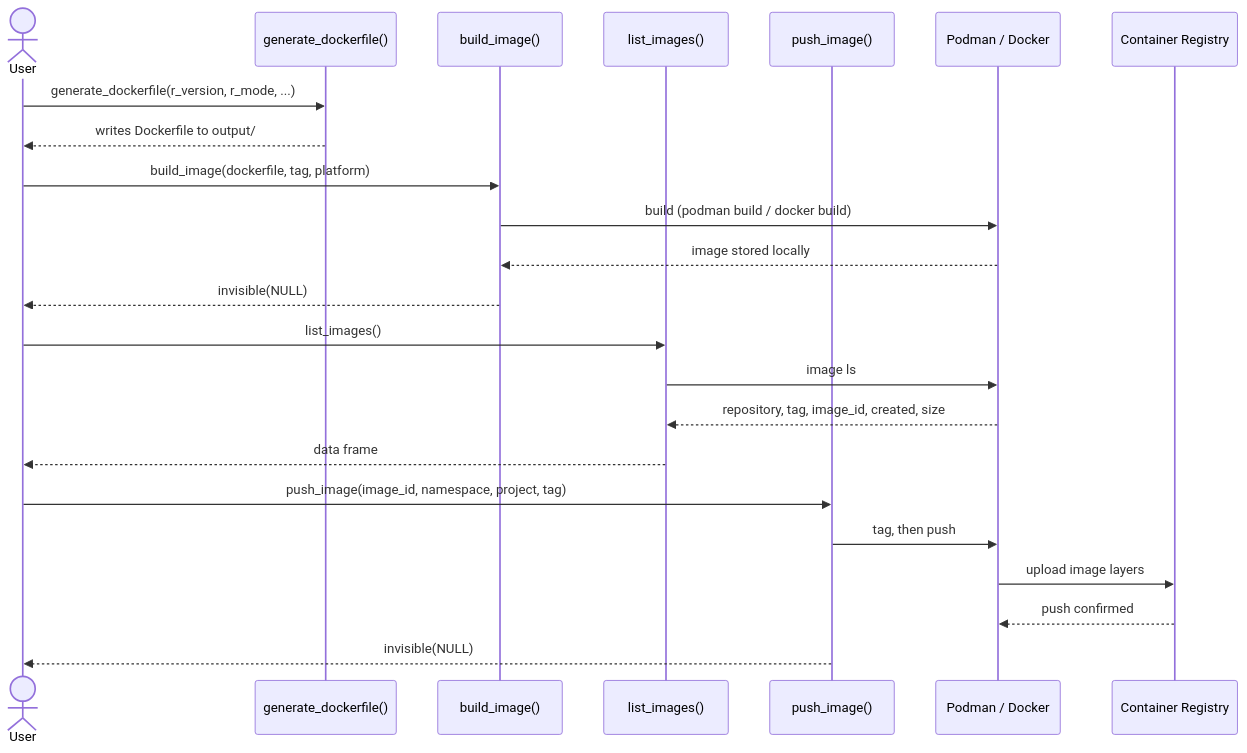
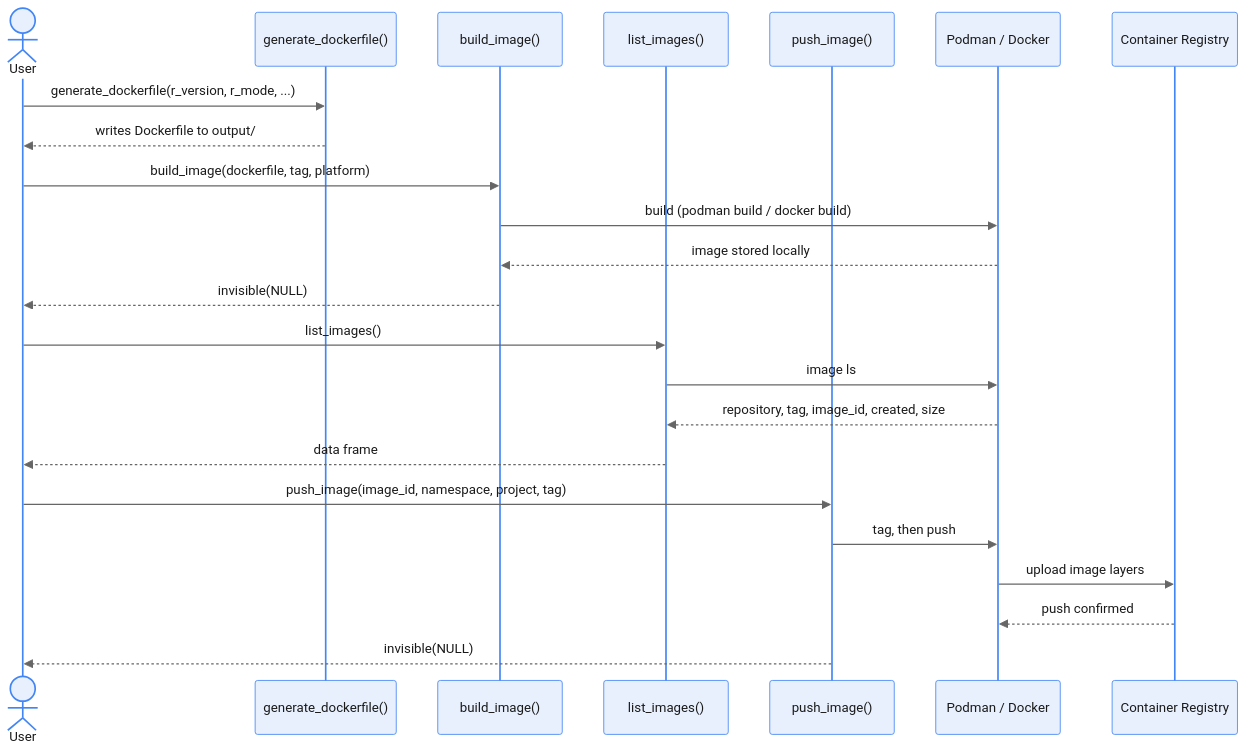
One commit to erwinlares/containr changed the second of 8 diagrams in diagrams.qmd. Above: the diagram before and after it, drawn with Mermaid. The commit also changed other lines of this file, not shown here.

Commit message:
updated: diagrams.qmd to better understand the package codebase

````diff
--- a/diagrams.qmd
+++ b/diagrams.qmd
@@ -71,29 +77,30 @@
 ```{mermaid}
+%%{init: {'theme': 'base', 'themeVariables': {'background': '#ffffff', 'primaryColor': '#e8f0fe', 'primaryTextColor': '#1a1a1a', 'primaryBorderColor': '#4285f4', 'lineColor': '#666666', 'actorBkg': '#e8f0fe', 'actorBorder': '#4285f4', 'actorTextColor': '#1a1a1a', 'signalColor': '#666666', 'signalTextColor': '#1a1a1a'}}}%%
 sequenceDiagram
     actor User
     participant GD as generate_dockerfile()
     participant BI as build_image()
     participant LI as list_images()
     participant PI as push_image()
     participant Engine as Podman / Docker
     participant Registry as Container Registry
 
     User->>GD: generate_dockerfile(r_version, r_mode, ...)
     GD-->>User: writes Dockerfile to output/
 
     User->>BI: build_image(dockerfile, tag, platform)
     BI->>Engine: build (podman build / docker build)
     Engine-->>BI: image stored locally
     BI-->>User: invisible(NULL)
 
     User->>LI: list_images()
     LI->>Engine: image ls
     Engine-->>LI: repository, tag, image_id, created, size
     LI-->>User: data frame
 
     User->>PI: push_image(image_id, namespace, project, tag)
     PI->>Engine: tag, then push
     Engine->>Registry: upload image layers
     Registry-->>Engine: push confirmed
     PI-->>User: invisible(NULL)
 ```
````
